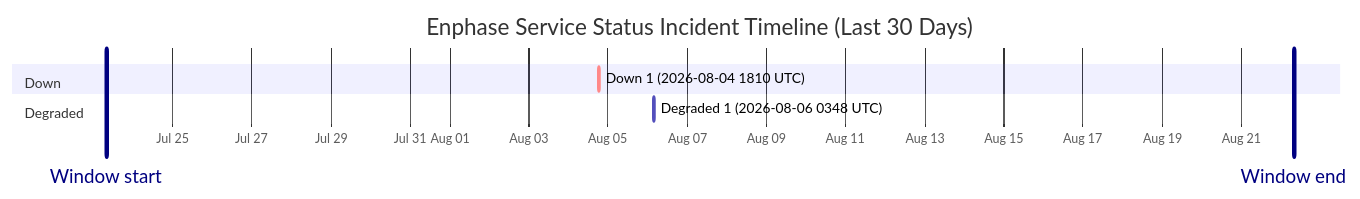
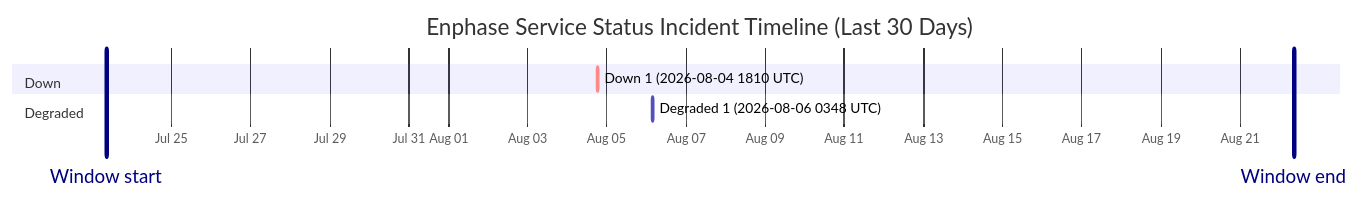
Before and after one commit to barneyonline/ha-enphase-energy: the diagram in wiki/Service-Status-History.md, drawn with Mermaid. The commit also changed other lines of this file and 3 other files, not shown here.

````diff
--- a/wiki/Service-Status-History.md
+++ b/wiki/Service-Status-History.md
@@ -14,12 +14,12 @@
 ```mermaid
 gantt
     title Enphase Service Status Incident Timeline (Last 30 Days)
     dateFormat  YYYY-MM-DDTHH:mm:ss
     axisFormat  %b %d
-    Window start :vert, window-start, 2026-07-23T07:56:01, 0ms
-    Window end :vert, window-end, 2026-08-22T07:56:01, 0ms
+    Window start :vert, window-start, 2026-07-23T08:29:57, 0ms
+    Window end :vert, window-end, 2026-08-22T08:29:57, 0ms
     section Down
     Down 1 (2026-08-04 1810 UTC) :crit, down-1, 2026-08-04T18:10:46, 60m
     section Degraded
     Degraded 1 (2026-08-06 0348 UTC) :active, degraded-1, 2026-08-06T03:48:14, 60m
 ```
````
